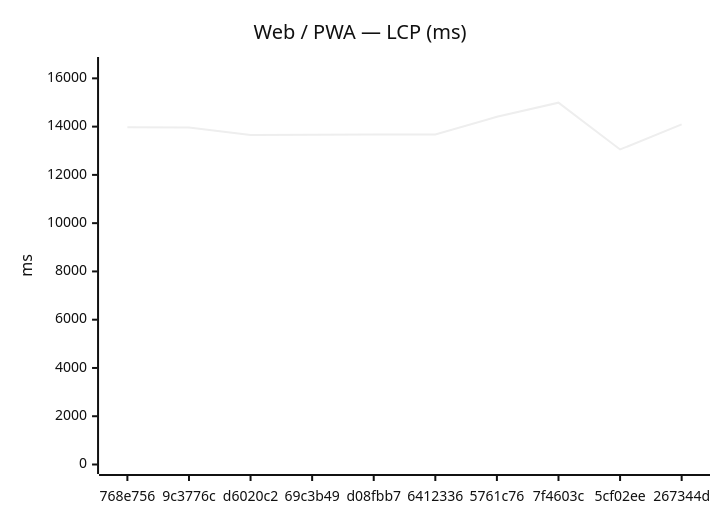
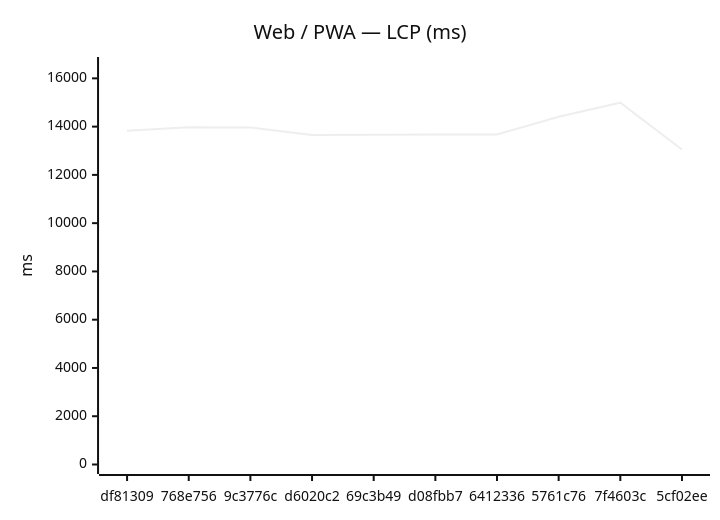
One commit to Metaheurist/Rianell changed the first of 18 diagrams in benchmarks/compare.md. Above: the diagram before and after it, drawn with Mermaid (neutral theme). The commit also changed other lines of this file and 11 other files, not shown here.

````diff
--- a/benchmarks/compare.md
+++ b/benchmarks/compare.md
@@ -24,7 +24,7 @@
 ```mermaid
 xychart-beta
     title "Web / PWA — LCP (ms)"
-    x-axis ["768e756", "9c3776c", "d6020c2", "69c3b49", "d08fbb7", "6412336", "5761c76", "7f4603c", "5cf02ee", "267344d"]
+    x-axis ["df81309", "768e756", "9c3776c", "d6020c2", "69c3b49", "d08fbb7", "6412336", "5761c76", "7f4603c", "5cf02ee"]
     y-axis "ms" 0 --> 16491
-    line [13971, 13962, 13654, 13664, 13678, 13670, 14406, 14991, 13053, 14092]
+    line [13825, 13971, 13962, 13654, 13664, 13678, 13670, 14406, 14991, 13053]
 ```
````
